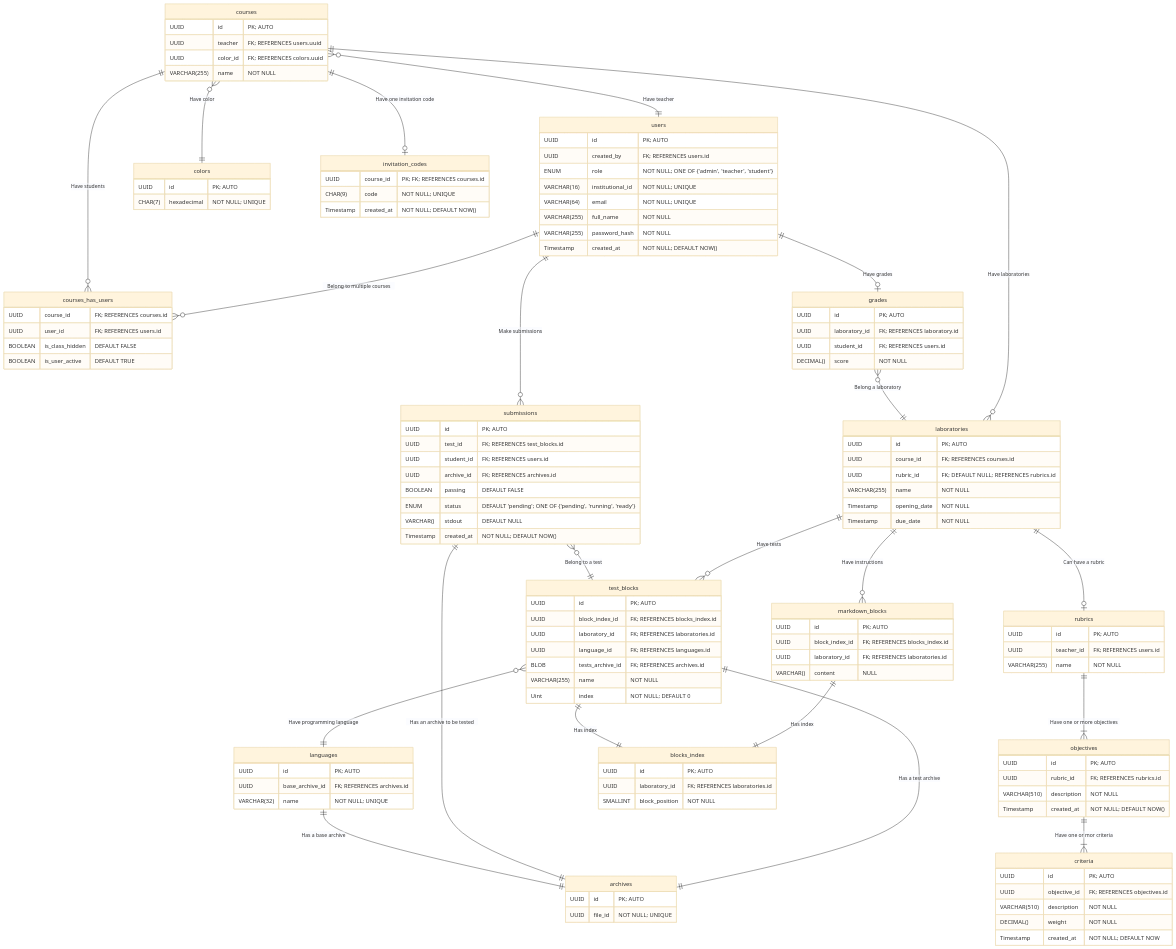
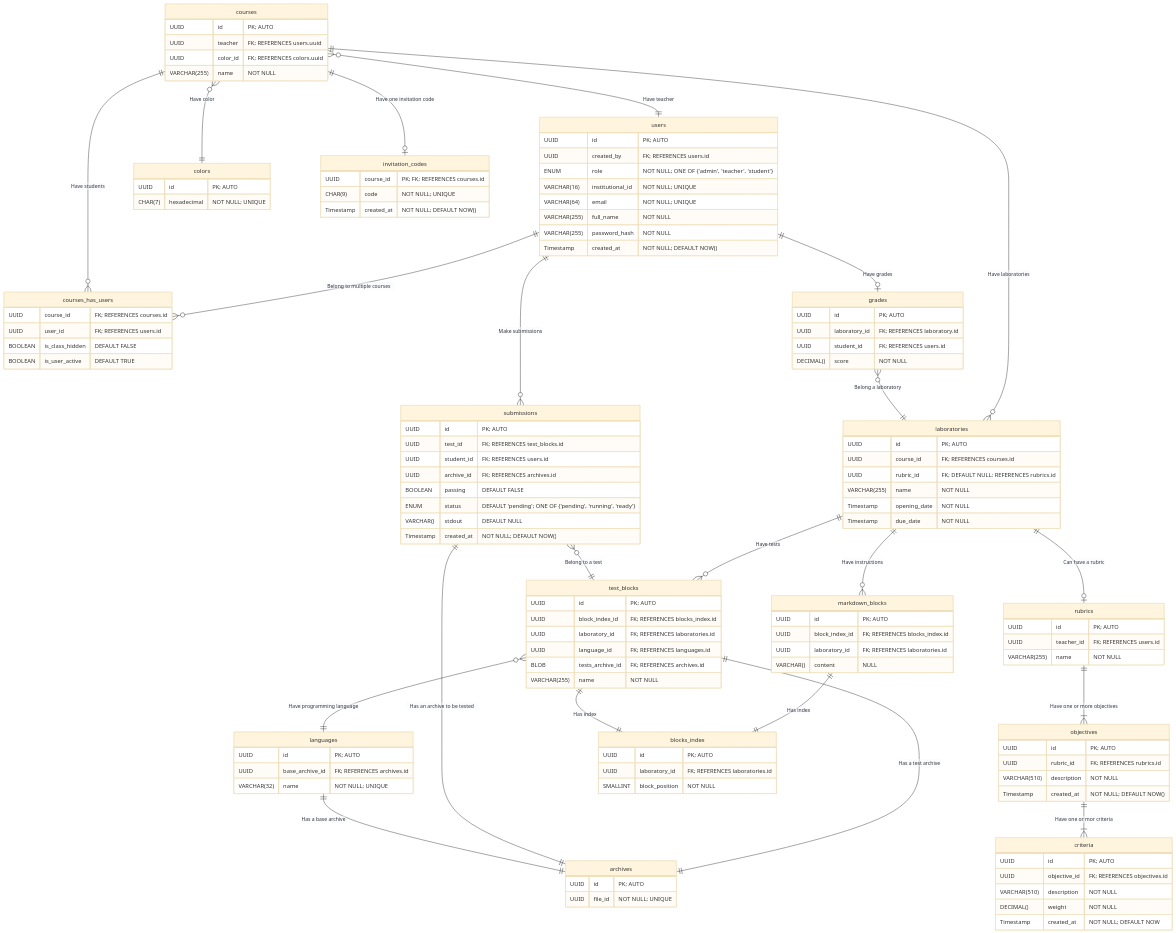
One commit to upb-code-labs/docs changed the diagram in database/diagram.md. Above: the diagram before and after it, drawn with Mermaid (base theme).

Commit message:
docs: Remove `index` field from `test_blocks`

```diff
--- a/database/diagram.md
+++ b/database/diagram.md
@@ -97,7 +97,6 @@
         UUID            language_id         "FK; REFERENCES languages.id"
         BLOB            tests_archive_id    "FK; REFERENCES archives.id"
         VARCHAR(255)    name                "NOT NULL"
-        Uint            index               "NOT NULL; DEFAULT 0"
     }
 
     languages {
```
